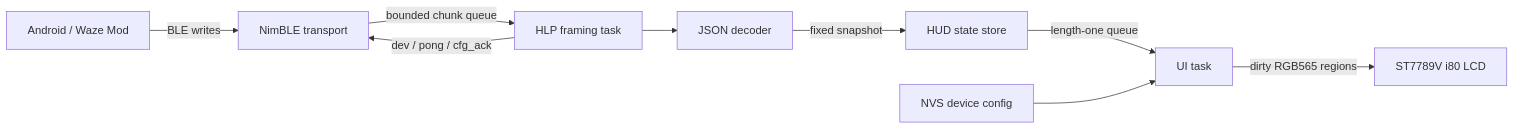
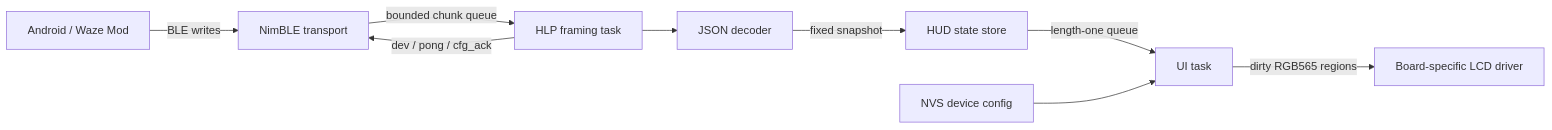
One commit to ShindouAris/WazeHUD changed the diagram in README.md. Above: the diagram before and after it, drawn with Mermaid. The commit also changed other lines of this file and 21 other files, not shown here.

````diff
--- a/README.md
+++ b/README.md
@@ -53,11 +61,11 @@
 ```mermaid
 flowchart LR
     phone[Android / Waze Mod] -->|BLE writes| ble[NimBLE transport]
     ble -->|bounded chunk queue| protocol[HLP framing task]
     protocol --> decoder[JSON decoder]
     decoder -->|fixed snapshot| state[HUD state store]
     state -->|length-one queue| ui[UI task]
     config[NVS device config] --> ui
-    ui -->|dirty RGB565 regions| lcd[ST7789V i80 LCD]
+    ui -->|dirty RGB565 regions| lcd[Board-specific LCD driver]
     protocol -->|dev / pong / cfg_ack| ble
 ```
````
